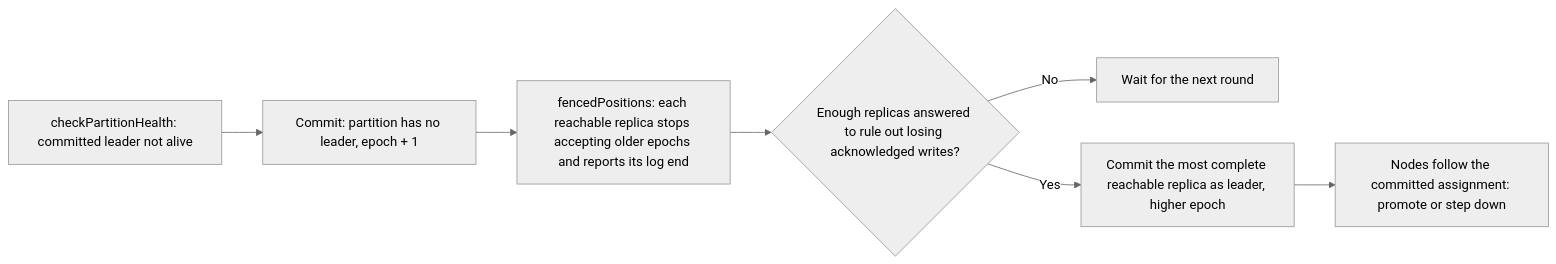
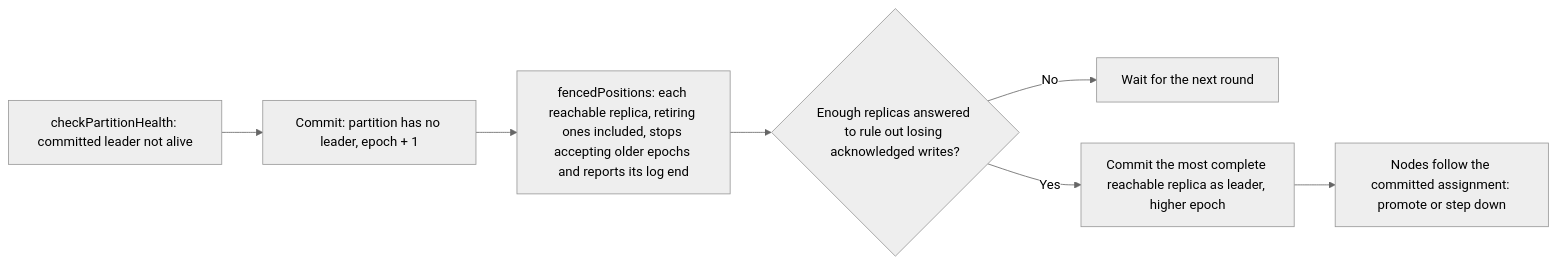
One commit to jatin711-debug/cronos_db_golang changed diagram 34 of 47 in ARCHITECTURE.md. Above: the diagram before and after it, drawn with Mermaid (neutral theme). The commit also changed other lines of this file and 28 other files, not shown here.

First line of the commit message:
docs: bring architecture, feature, design and contributor docs up to v0.11.0

````diff
--- a/ARCHITECTURE.md
+++ b/ARCHITECTURE.md
@@ -1165,9 +1226,9 @@
 ```mermaid
 flowchart LR
     A[checkPartitionHealth: committed leader not alive] --> B[Commit: partition has no leader, epoch + 1]
-    B --> C[fencedPositions: each reachable replica stops accepting older epochs and reports its log end]
+    B --> C[fencedPositions: each reachable replica, retiring ones included, stops accepting older epochs and reports its log end]
     C --> D{Enough replicas answered to rule out losing acknowledged writes?}
     D -->|No| E[Wait for the next round]
     D -->|Yes| F[Commit the most complete reachable replica as leader, higher epoch]
     F --> G[Nodes follow the committed assignment: promote or step down]
 ```
````
